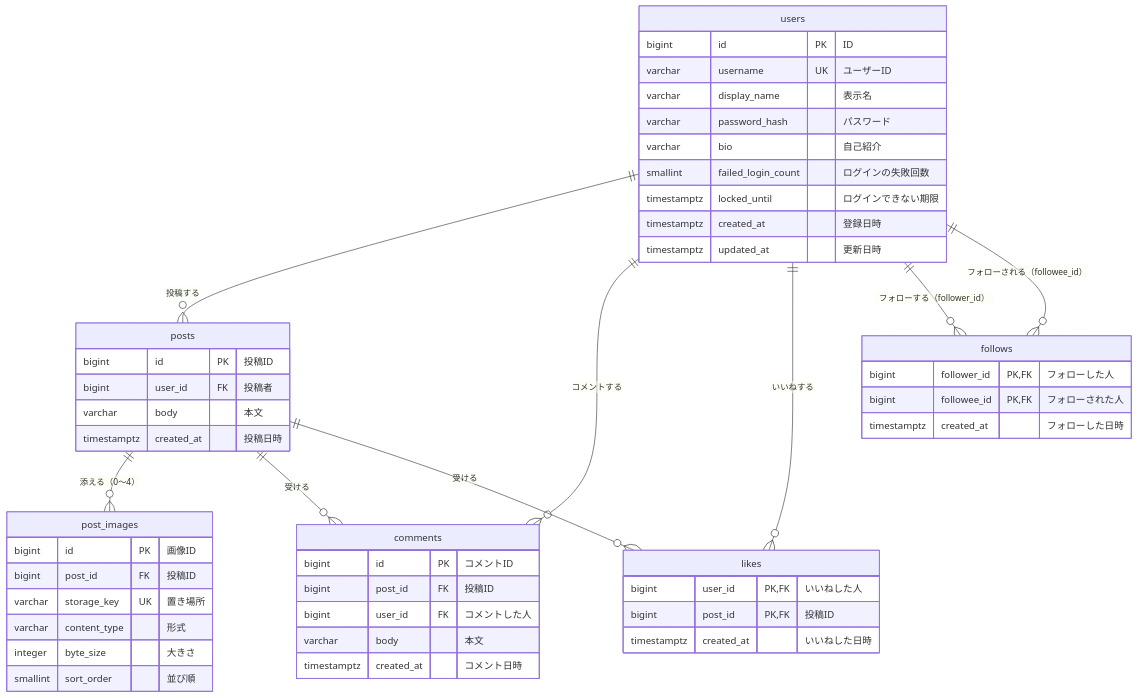
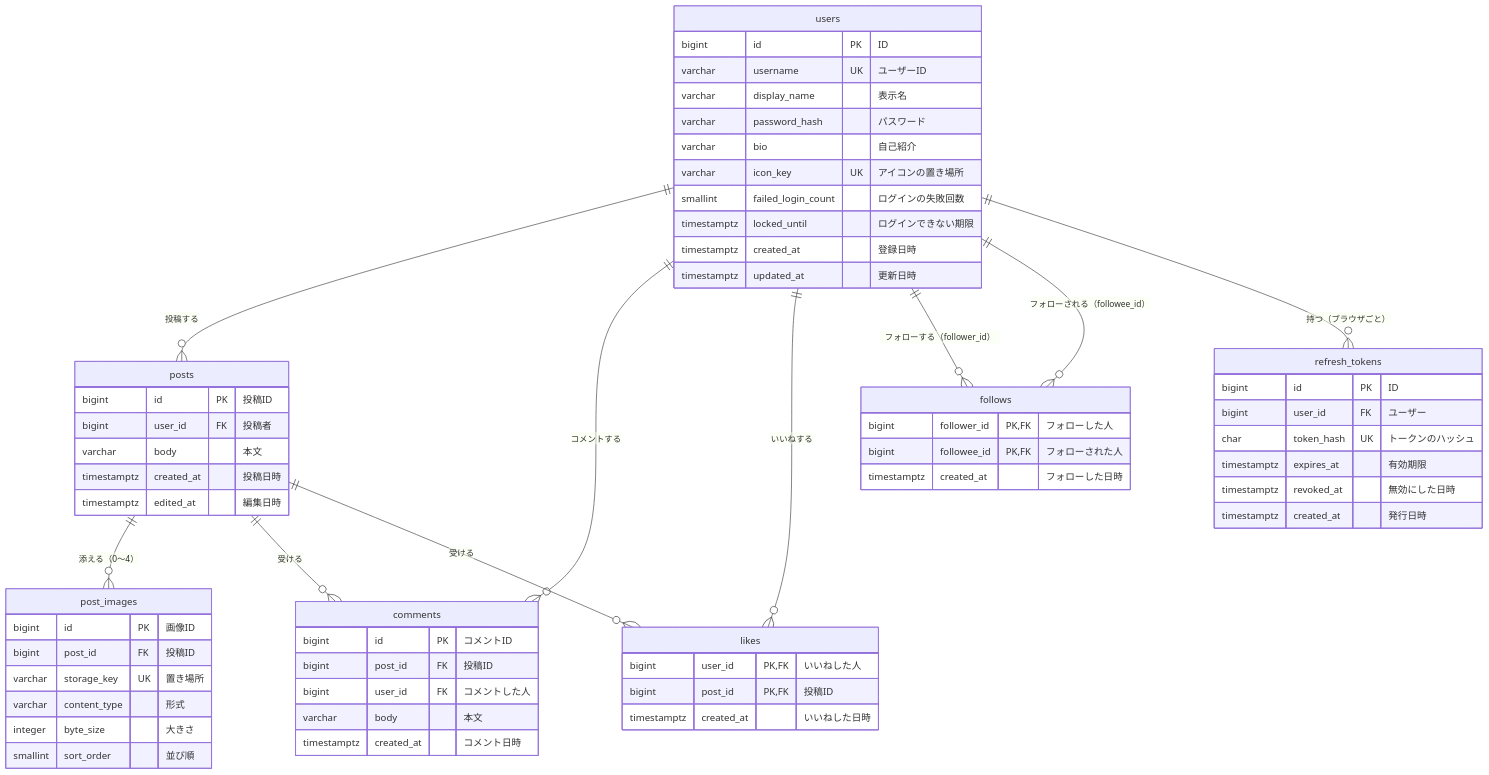
The diagram in docs/design/data-design.md (y0408e0301-star/raise-timeline), drawn with Mermaid before and after one commit. The commit also changed other lines of this file and 14 other files, not shown here.

````diff
--- a/docs/design/data-design.md
+++ b/docs/design/data-design.md
@@ -52,54 +54,65 @@
 ```mermaid
 erDiagram
     users ||--o{ posts : "投稿する"
     users ||--o{ comments : "コメントする"
     users ||--o{ likes : "いいねする"
     users ||--o{ follows : "フォローする（follower_id）"
     users ||--o{ follows : "フォローされる（followee_id）"
     posts ||--o{ post_images : "添える（0〜4）"
     posts ||--o{ comments : "受ける"
     posts ||--o{ likes : "受ける"
+    users ||--o{ refresh_tokens : "持つ（ブラウザごと）"
 
     users {
         bigint id PK "ID"
         varchar username UK "ユーザーID"
         varchar display_name "表示名"
         varchar password_hash "パスワード"
         varchar bio "自己紹介"
+        varchar icon_key UK "アイコンの置き場所"
         smallint failed_login_count "ログインの失敗回数"
         timestamptz locked_until "ログインできない期限"
         timestamptz created_at "登録日時"
         timestamptz updated_at "更新日時"
     }
     posts {
         bigint id PK "投稿ID"
         bigint user_id FK "投稿者"
         varchar body "本文"
         timestamptz created_at "投稿日時"
+        timestamptz edited_at "編集日時"
     }
     post_images {
         bigint id PK "画像ID"
         bigint post_id FK "投稿ID"
         varchar storage_key UK "置き場所"
         varchar content_type "形式"
         integer byte_size "大きさ"
         smallint sort_order "並び順"
     }
     comments {
         bigint id PK "コメントID"
         bigint post_id FK "投稿ID"
         bigint user_id FK "コメントした人"
         varchar body "本文"
         timestamptz created_at "コメント日時"
     }
     likes {
         bigint user_id PK, FK "いいねした人"
         bigint post_id PK, FK "投稿ID"
         timestamptz created_at "いいねした日時"
     }
     follows {
         bigint follower_id PK, FK "フォローした人"
         bigint followee_id PK, FK "フォローされた人"
         timestamptz created_at "フォローした日時"
     }
+    refresh_tokens {
+        bigint id PK "ID"
+        bigint user_id FK "ユーザー"
+        char token_hash UK "トークンのハッシュ"
+        timestamptz expires_at "有効期限"
+        timestamptz revoked_at "無効にした日時"
+        timestamptz created_at "発行日時"
+    }
 ```
````
